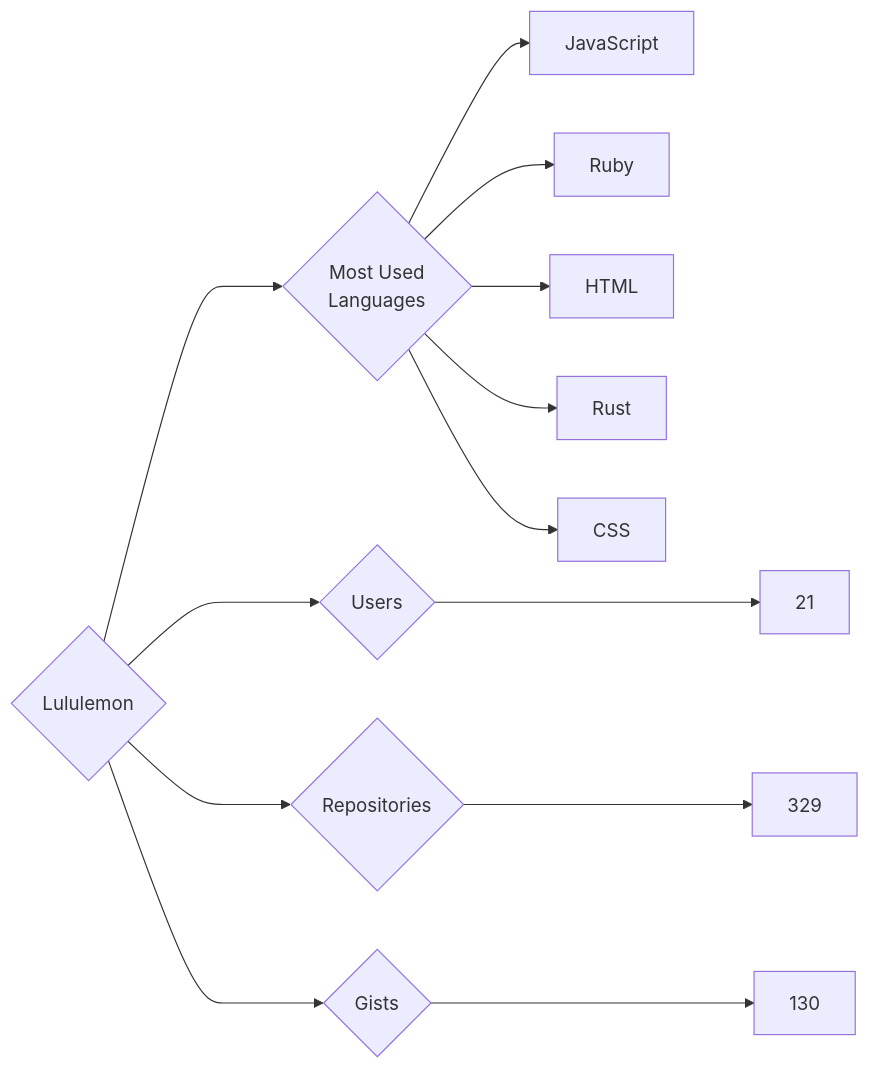
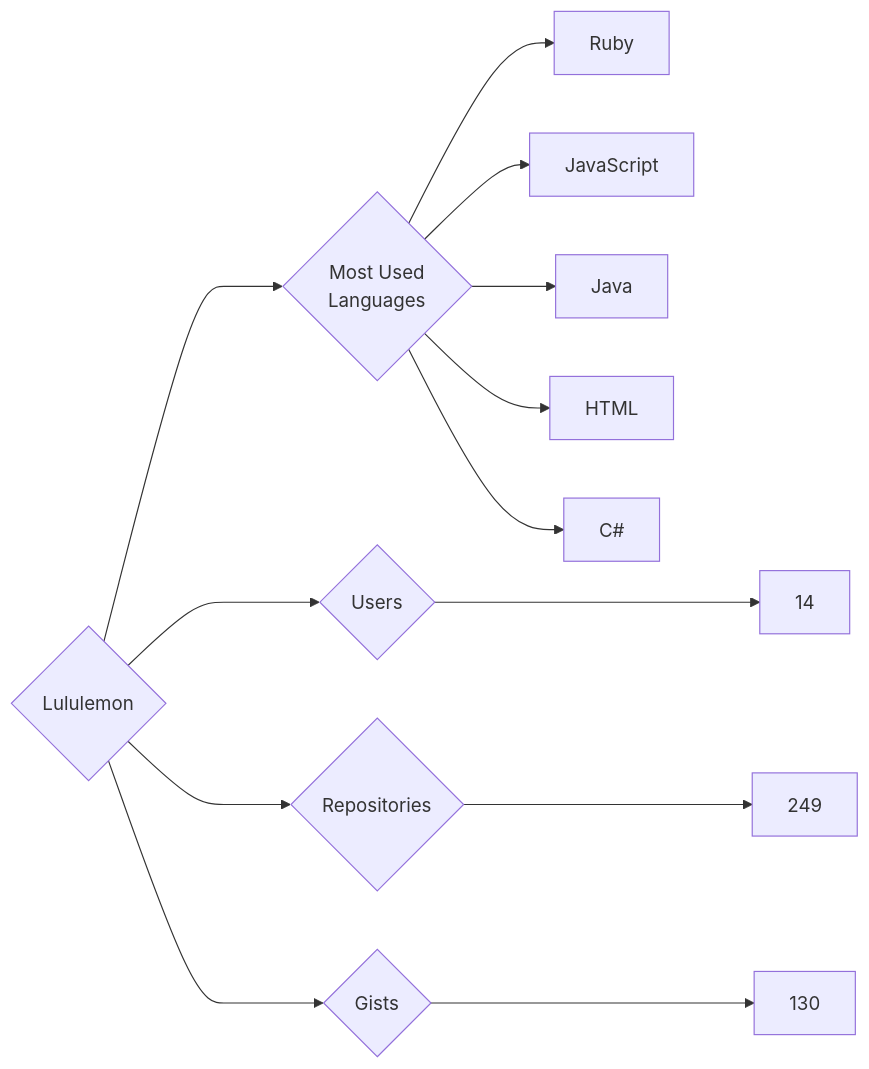
The diagram in targets/Lululemon/README.md (trickest/insiders), drawn with Mermaid before and after one commit. The commit also changed 757 other files, not shown here.

````diff
--- a/targets/Lululemon/README.md
+++ b/targets/Lululemon/README.md
@@ -3,13 +3,13 @@
 ```mermaid
 graph LR
 COMPANY_NAME{Lululemon}
-COMPANY_NAME ---> U{Users} ---> UN[21]
-COMPANY_NAME ---> R{Repositories} ---> RN[329]
+COMPANY_NAME ---> U{Users} ---> UN[14]
+COMPANY_NAME ---> R{Repositories} ---> RN[249]
 COMPANY_NAME ---> G{Gists} ---> GN[130]
 COMPANY_NAME ---> ML{Most Used<br>Languages}
+ML --> Ruby[Ruby]
 ML --> JavaScript[JavaScript]
-ML --> Ruby[Ruby]
+ML --> Java[Java]
 ML --> HTML[HTML]
-ML --> Rust[Rust]
-ML --> CSS[CSS]
+ML --> C#[C#]
 ```
````
